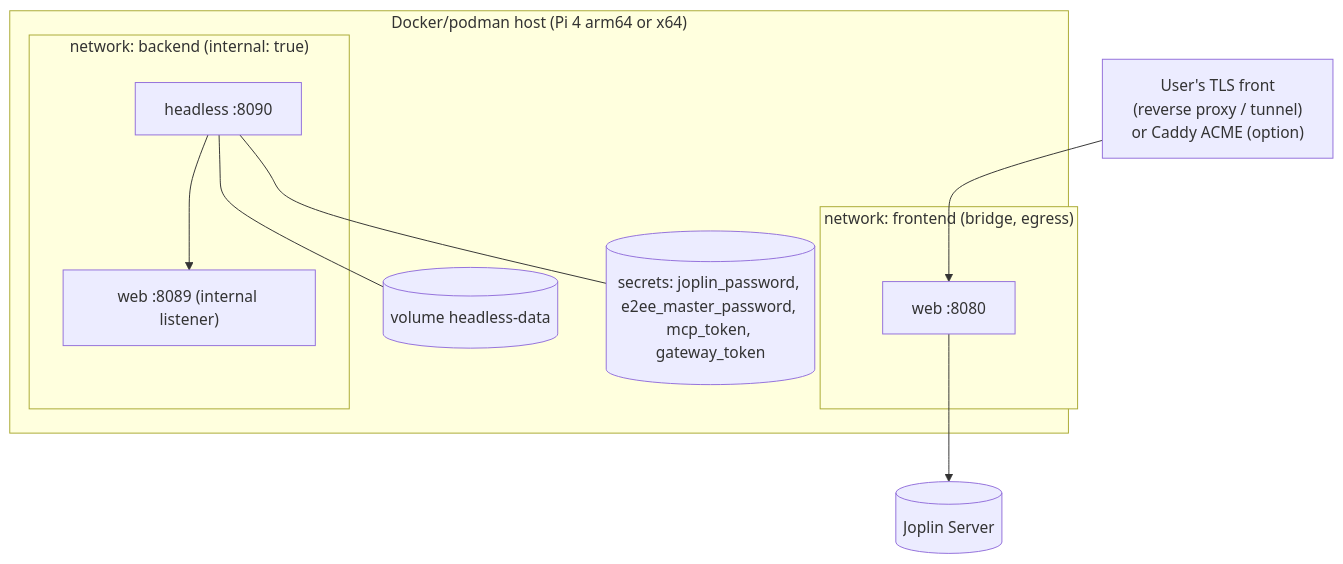
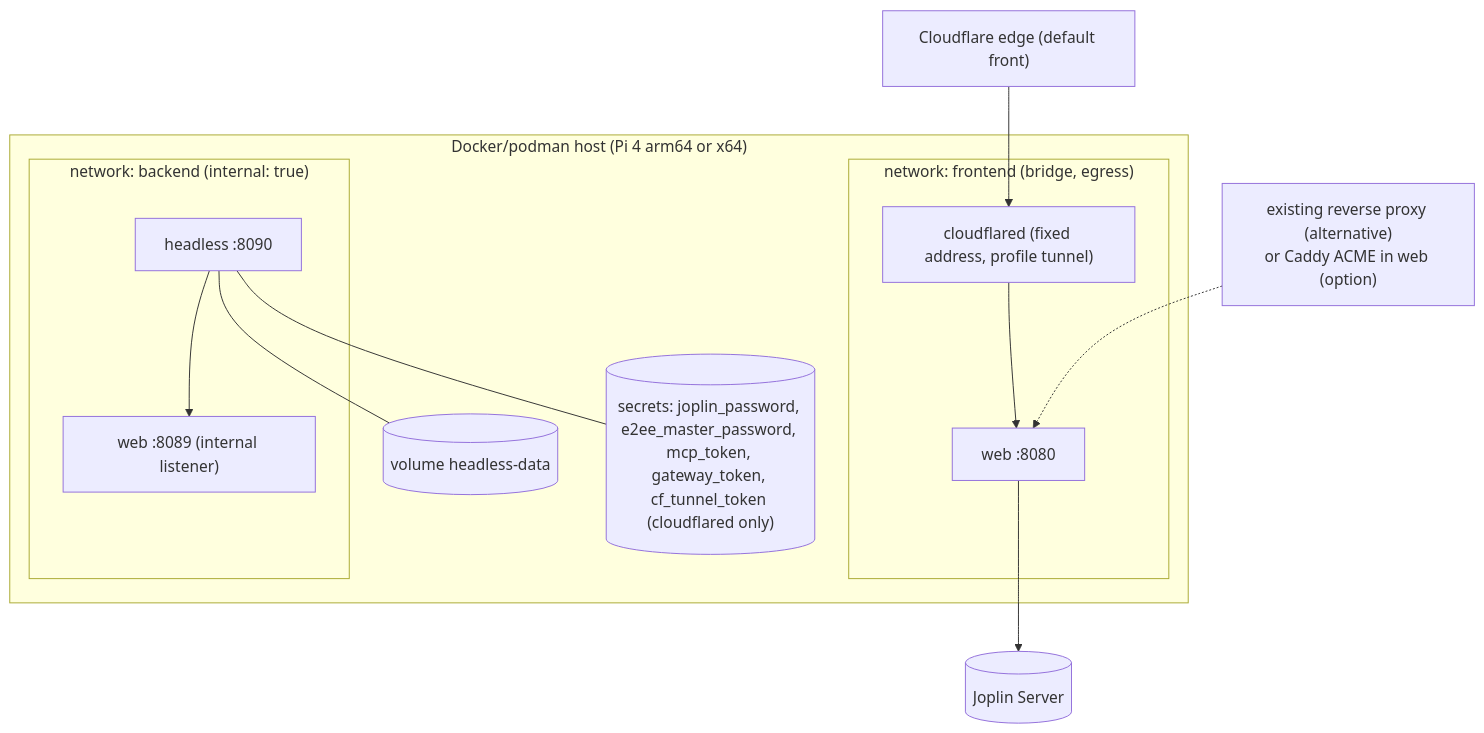
The second of 3 diagrams in docs/architecture/ARCHITECTURE.md (TheScriptingGuy/notestead), drawn with Mermaid before and after one commit. The commit also changed other lines of this file and 19 other files, not shown here.

First line of the commit message:
docs: apply gate 1 answers (Notestead, Cloudflare Tunnel, D7 versioning)

````diff
--- a/docs/architecture/ARCHITECTURE.md
+++ b/docs/architecture/ARCHITECTURE.md
@@ -84,19 +87,21 @@
 ```mermaid
 flowchart TB
   subgraph Host["Docker/podman host (Pi 4 arm64 or x64)"]
     subgraph FE["network: frontend (bridge, egress)"]
       web["web :8080"]
+      cfd["cloudflared (fixed address, profile tunnel)"]
     end
     subgraph BE["network: backend (internal: true)"]
       web2["web :8089 (internal listener)"]
       hl["headless :8090"]
     end
     vol[("volume headless-data")]
-    sec[("secrets: joplin_password, e2ee_master_password, mcp_token, gateway_token")]
+    sec[("secrets: joplin_password, e2ee_master_password, mcp_token, gateway_token, cf_tunnel_token (cloudflared only)")]
   end
-  TLS["User's TLS front<br/>(reverse proxy / tunnel)<br/>or Caddy ACME (option)"] --> web
+  TLS["Cloudflare edge (default front)"] --> cfd --> web
+  ALT["existing reverse proxy (alternative)<br/>or Caddy ACME in web (option)"] -.-> web
   web --> JS[("Joplin Server")]
   hl --> web2
   hl --- vol
   hl --- sec
 ```
````
